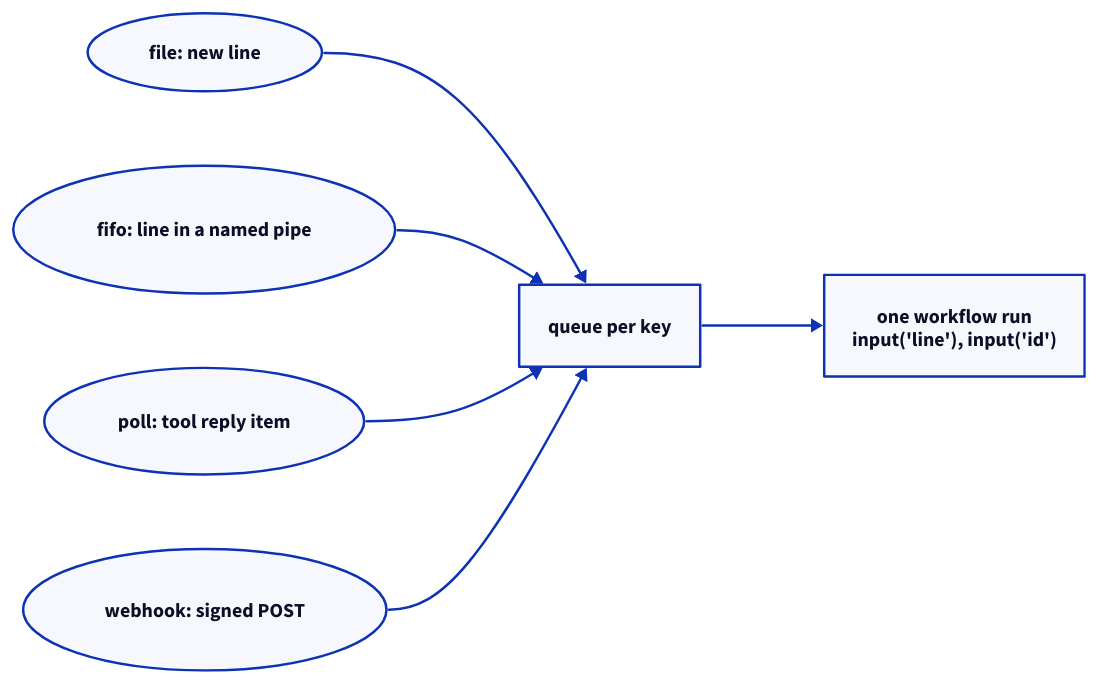
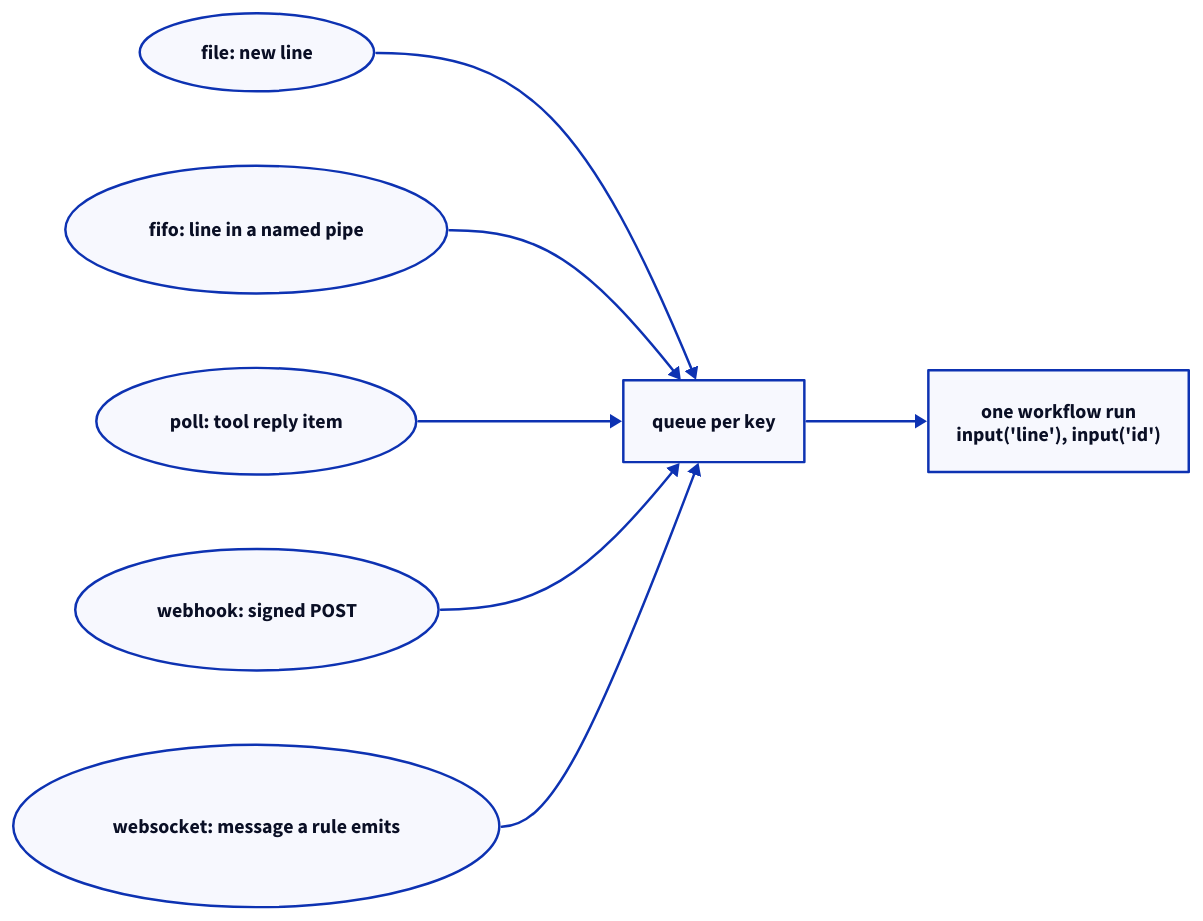
The diagram in docs/v2/reference/workflow/input-sources.md (kdeps/kdeps), drawn with D2 before and after one commit. The commit also changed other lines of this file and 14 other files, not shown here.

````diff
--- a/docs/v2/reference/workflow/input-sources.md
+++ b/docs/v2/reference/workflow/input-sources.md
@@ -158,14 +158,16 @@
 ```d2
 direction: right
 file: "file: new line" {shape: oval}
 fifo: "fifo: line in a named pipe" {shape: oval}
 poll: "poll: tool reply item" {shape: oval}
 hook: "webhook: signed POST" {shape: oval}
+ws: "websocket: message a rule emits" {shape: oval}
 q: "queue per key"
 run: "one workflow run\ninput('line'), input('id')"
 file -> q
 fifo -> q
 poll -> q
 hook -> q
+ws -> q
 q -> run
 ```
````
